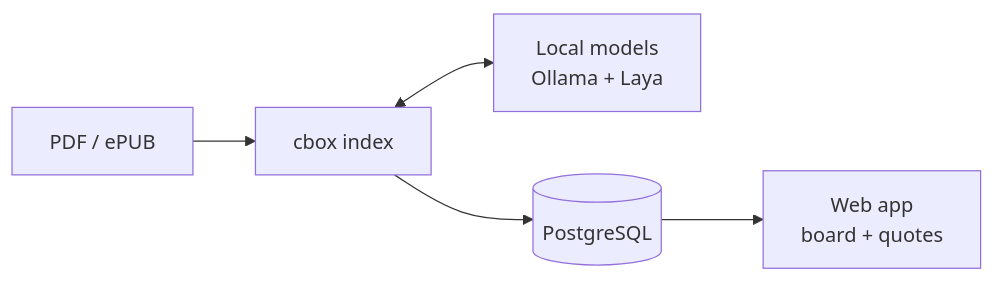
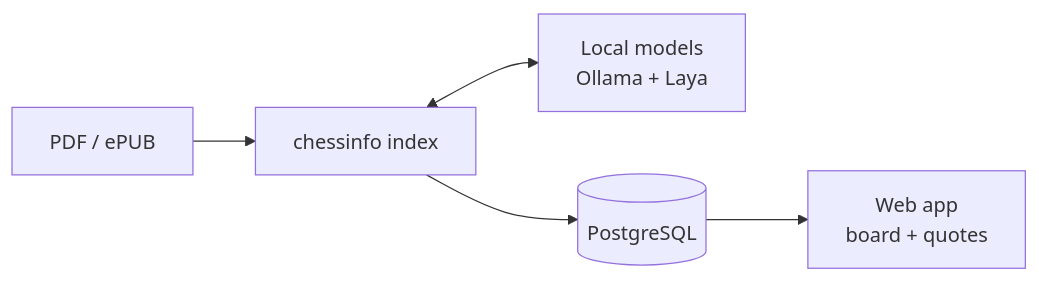
Before and after one commit to gustavowkayser/chessbox-informant: the diagram in README.md, drawn with Mermaid. The commit also changed other lines of this file and 4 other files, not shown here.

First line of the commit message:
docs: Rename CLI to chessinfo, serve Laya through Ollama, complete M0

````diff
--- a/README.md
+++ b/README.md
@@ -17,7 +17,7 @@
 ```mermaid
 flowchart LR
-    book[PDF / ePUB] --> cli[cbox index]
+    book[PDF / ePUB] --> cli[chessinfo index]
     cli <--> models[Local models<br/>Ollama + Laya]
     cli --> db[(PostgreSQL)]
     db --> web[Web app<br/>board + quotes]
 ```
````
